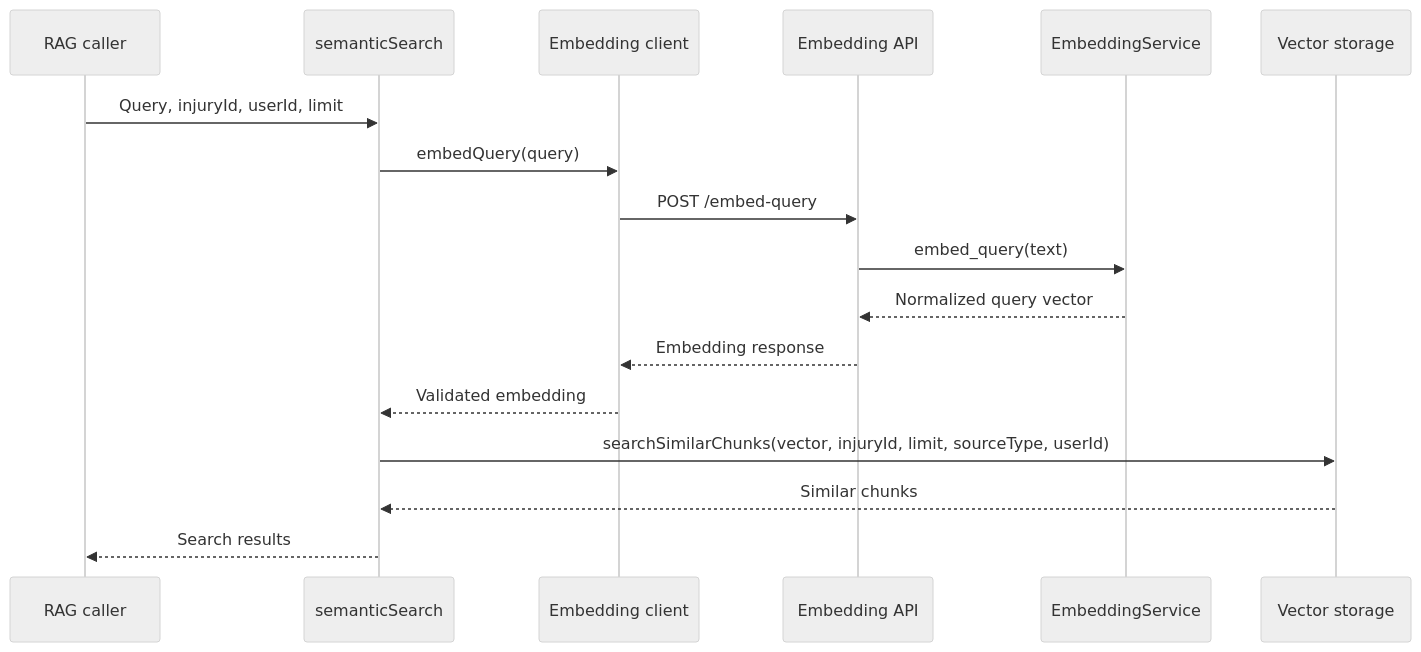
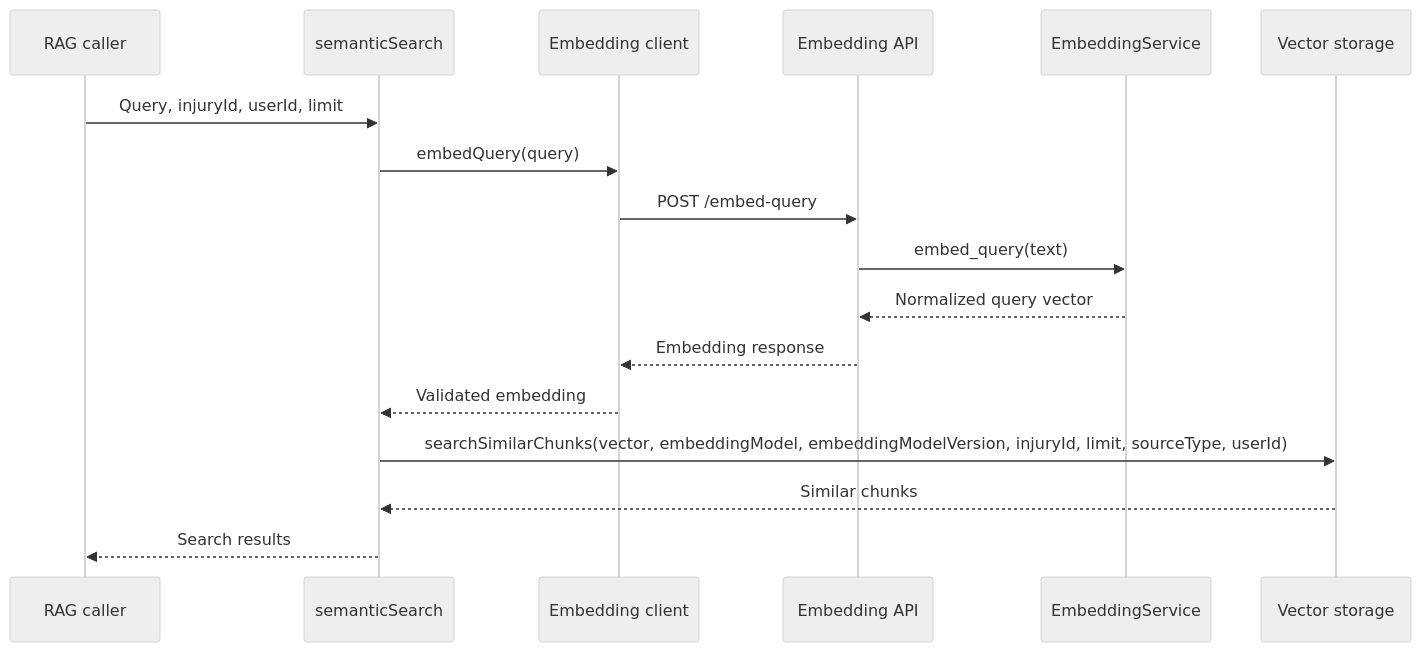
One commit to sabrahermassi/injury-journal-ai changed the eighth of 18 diagrams in docs/02-architecture.md. Above: the diagram before and after it, drawn with Mermaid (neutral theme). The commit also changed other lines of this file and 15 other files, not shown here.

First line of the commit message:
Track embedding model/version on DocumentChunk (#133) (#236)

````diff
--- a/docs/02-architecture.md
+++ b/docs/02-architecture.md
@@ -241,19 +244,19 @@
 ```mermaid
 sequenceDiagram
     participant R as RAG caller
     participant S as semanticSearch
     participant C as Embedding client
     participant A as Embedding API
     participant E as EmbeddingService
     participant V as Vector storage
     R->>S: Query, injuryId, userId, limit
     S->>C: embedQuery(query)
     C->>A: POST /embed-query
     A->>E: embed_query(text)
     E-->>A: Normalized query vector
     A-->>C: Embedding response
     C-->>S: Validated embedding
-    S->>V: searchSimilarChunks(vector, injuryId, limit, sourceType, userId)
+    S->>V: searchSimilarChunks(vector, embeddingModel, embeddingModelVersion, injuryId, limit, sourceType, userId)
     V-->>S: Similar chunks
     S-->>R: Search results
 ```
````
